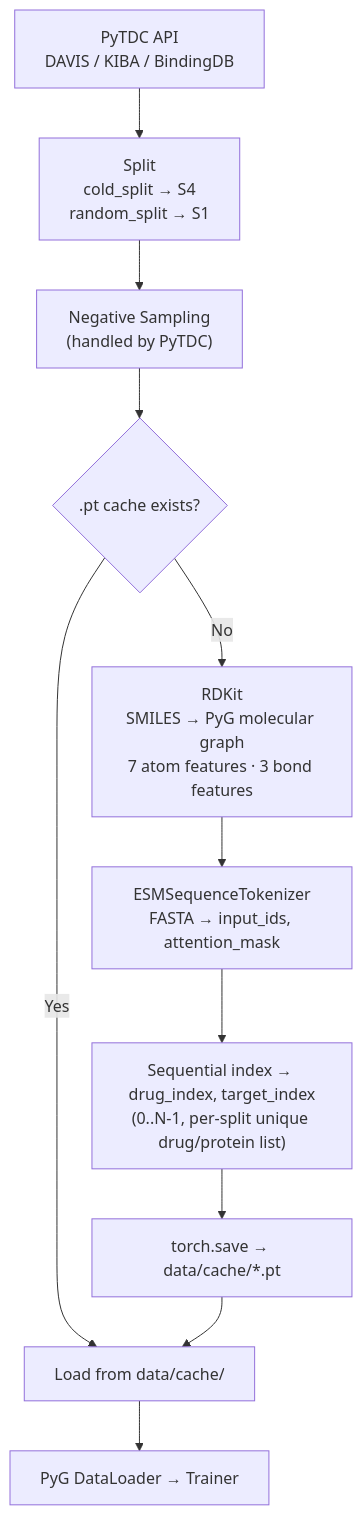
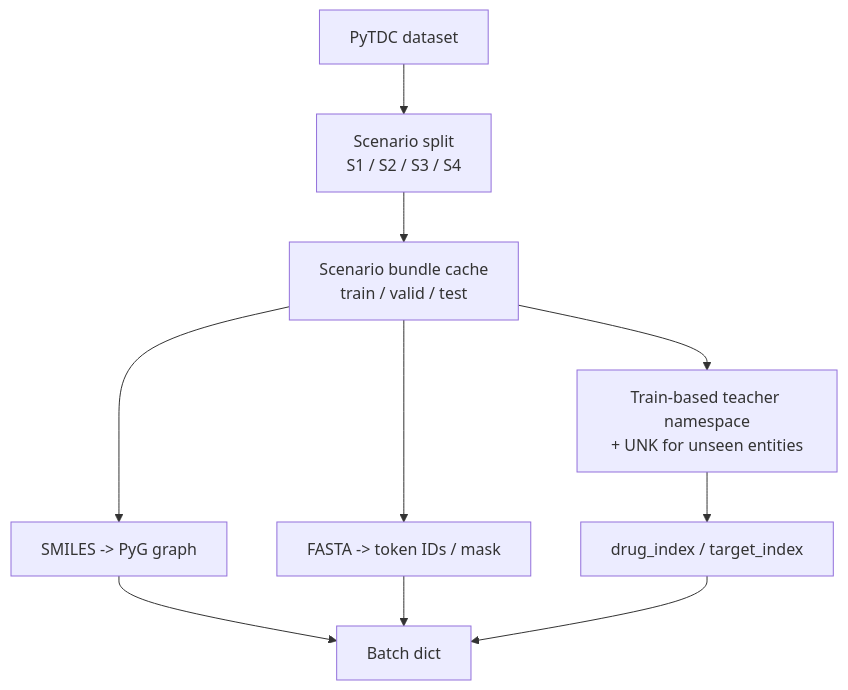
One commit to mysorf-9239/UGTSDTI changed the third of 3 diagrams in README.md. Above: the diagram before and after it, drawn with Mermaid. The commit also changed other lines of this file and 77 other files, not shown here.

````diff
--- a/README.md
+++ b/README.md
@@ -130,13 +109,12 @@
 ```mermaid
 flowchart TD
-    A["PyTDC API\nDAVIS / KIBA / BindingDB"] --> B["Split\ncold_split → S4\nrandom_split → S1"]
-    B --> C["Negative Sampling\n(handled by PyTDC)"]
-    C --> D{".pt cache exists?"}
-    D -- Yes --> E["Load from data/cache/"]
-    D -- No --> F["RDKit\nSMILES → PyG molecular graph\n7 atom features · 3 bond features"]
-    F --> G["ESMSequenceTokenizer\nFASTA → input_ids, attention_mask"]
-    G --> H["Sequential index → drug_index, target_index\n(0..N-1, per-split unique drug/protein list)"]
-    H --> I["torch.save → data/cache/*.pt"]
-    I --> E
-    E --> J["PyG DataLoader → Trainer"]
+    TDC["PyTDC dataset"] --> Split["Scenario split\nS1 / S2 / S3 / S4"]
+    Split --> Bundle["Scenario bundle cache\ntrain / valid / test"]
+    Bundle --> Vocab["Train-based teacher namespace\n+ UNK for unseen entities"]
+    Bundle --> Drug["SMILES -> PyG graph"]
+    Bundle --> Target["FASTA -> token IDs / mask"]
+    Vocab --> TeacherIDs["drug_index / target_index"]
+    Drug --> Batch["Batch dict"]
+    Target --> Batch
+    TeacherIDs --> Batch
 ```
````
